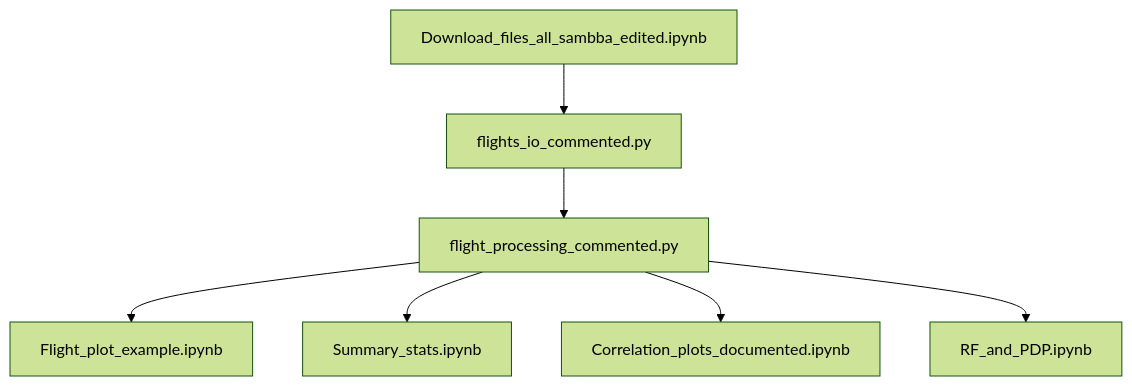
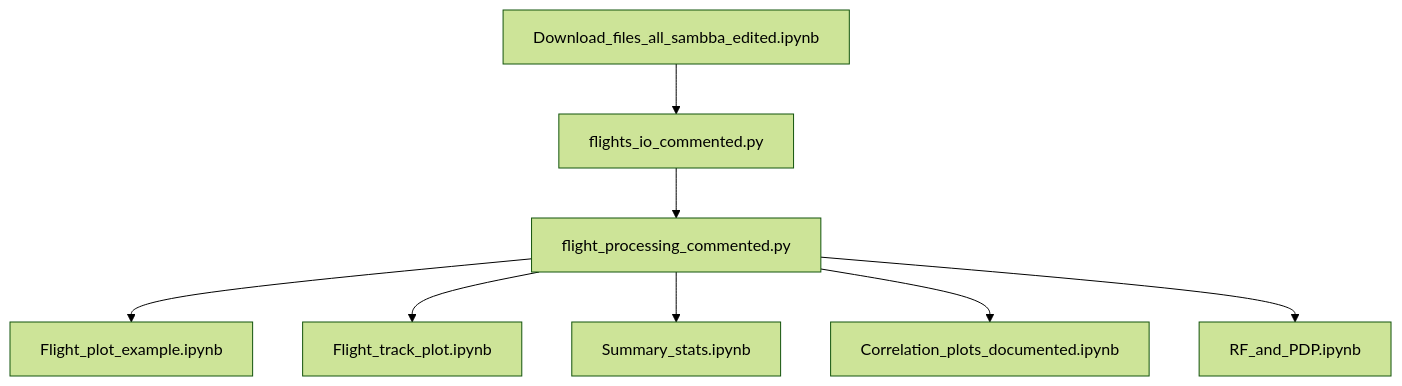
Before and after one commit to thiago-vg/SAMBBA-data-analysis: the diagram in README.md, drawn with Mermaid (forest theme). The commit also changed other lines of this file, not shown here.

````diff
--- a/README.md
+++ b/README.md
@@ -157,9 +152,10 @@
 ``` mermaid
 graph TD;
 A["Download_files_all_sambba_edited.ipynb"] --> B["flights_io_commented.py"];
 B --> C["flight_processing_commented.py"];
 C --> D["Flight_plot_example.ipynb"];
-C --> E["Summary_stats.ipynb"];
-C --> F["Correlation_plots_documented.ipynb"];
-C --> G["RF_and_PDP.ipynb"];
+C --> E["Flight_track_plot.ipynb"];
+C --> F["Summary_stats.ipynb"];
+C --> G["Correlation_plots_documented.ipynb"];
+C --> H["RF_and_PDP.ipynb"];
 ```
````
